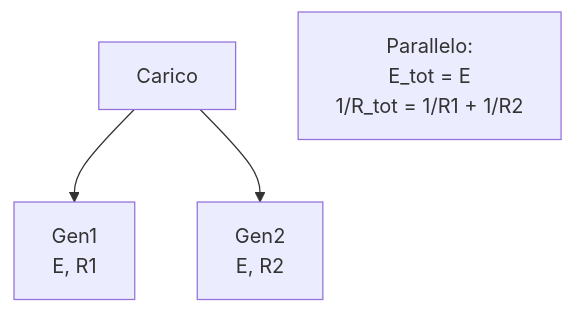
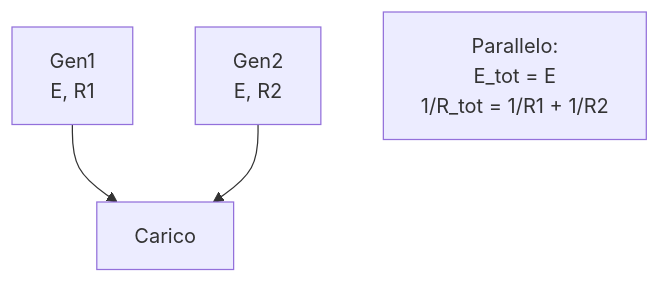
One commit to IU6VYG/esame-radioamatori changed the third of 3 diagrams in 01_Elettricita_Elettromagnetismo_Radiotecnica_Teoria/1.2_I_generatori_elettrici.md. Above: the diagram before and after it, drawn with Mermaid.

Commit message:
Update 1.2_I_generatori_elettrici.md
Cambiata la direzione delle frecce tra generatori e carico nell'esempio del parallelo

````diff
--- a/01_Elettricita_Elettromagnetismo_Radiotecnica_Teoria/1.2_I_generatori_elettrici.md
+++ b/01_Elettricita_Elettromagnetismo_Radiotecnica_Teoria/1.2_I_generatori_elettrici.md
@@ -48,6 +48,6 @@
 ```mermaid
 graph TD;
-    Carico["Carico"] --> Gen1["Gen1<br>E, R1"];
-    Carico --> Gen2["Gen2<br>E, R2"];
+    Gen1["Gen1<br>E, R1"] --> Carico["Carico"];
+    Gen2["Gen2<br>E, R2"] --> Carico;
     NotePar["Parallelo:<br>E_tot = E<br>1/R_tot = 1/R1 + 1/R2"];
 ```
````
